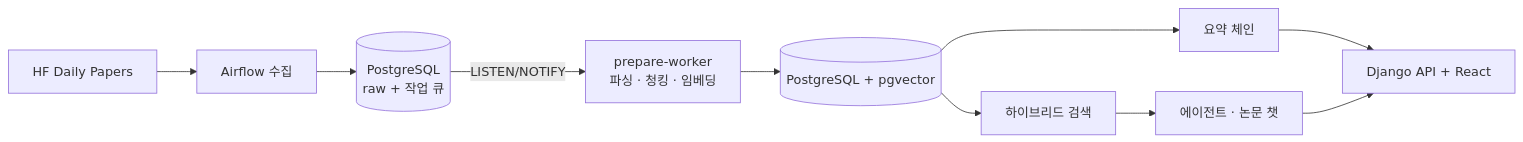
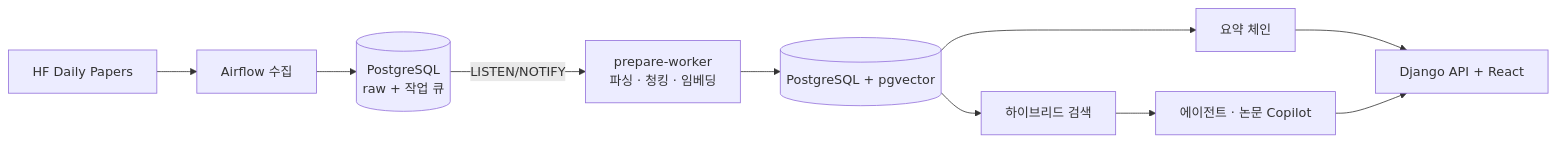
The diagram in README.md (cwj0666/ArXplore), drawn with Mermaid before and after one commit. The commit also changed other lines of this file, not shown here.

Commit message:
docs: README calls the paper-scoped chat the paper Copilot

````diff
--- a/README.md
+++ b/README.md
@@ -32,12 +32,12 @@
 ```mermaid
 flowchart LR
     A[HF Daily Papers] --> B[Airflow 수집]
     B --> C[(PostgreSQL<br/>raw + 작업 큐)]
     C -->|LISTEN/NOTIFY| D[prepare-worker<br/>파싱 · 청킹 · 임베딩]
     D --> E[(PostgreSQL + pgvector)]
     E --> F[하이브리드 검색]
     E --> G[요약 체인]
-    F --> H[에이전트 · 논문 챗]
+    F --> H[에이전트 · 논문 Copilot]
     G --> I[Django API + React]
     H --> I
 ```
````
